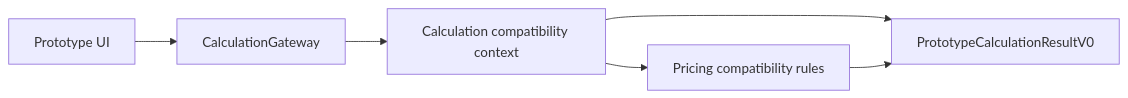
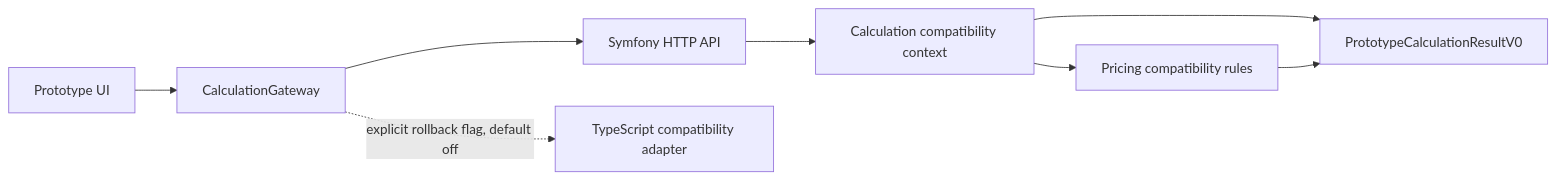
Before and after one commit to vitaliyozolin-dotcom/Furniture-OS: the diagram in docs/context-map-prototype-v0.md, drawn with Mermaid. The commit also changed other lines of this file and 102 other files, not shown here.

````diff
--- a/docs/context-map-prototype-v0.md
+++ b/docs/context-map-prototype-v0.md
@@ -5,8 +5,10 @@
 ```mermaid
 flowchart LR
     UI["Prototype UI"] --> GW["CalculationGateway"]
-    GW --> CALC["Calculation compatibility context"]
+    GW --> API["Symfony HTTP API"]
+    API --> CALC["Calculation compatibility context"]
     CALC --> PRICE["Pricing compatibility rules"]
     CALC --> OUT["PrototypeCalculationResultV0"]
     PRICE --> OUT
+    GW -. explicit rollback flag, default off .-> TS["TypeScript compatibility adapter"]
 ```
````
